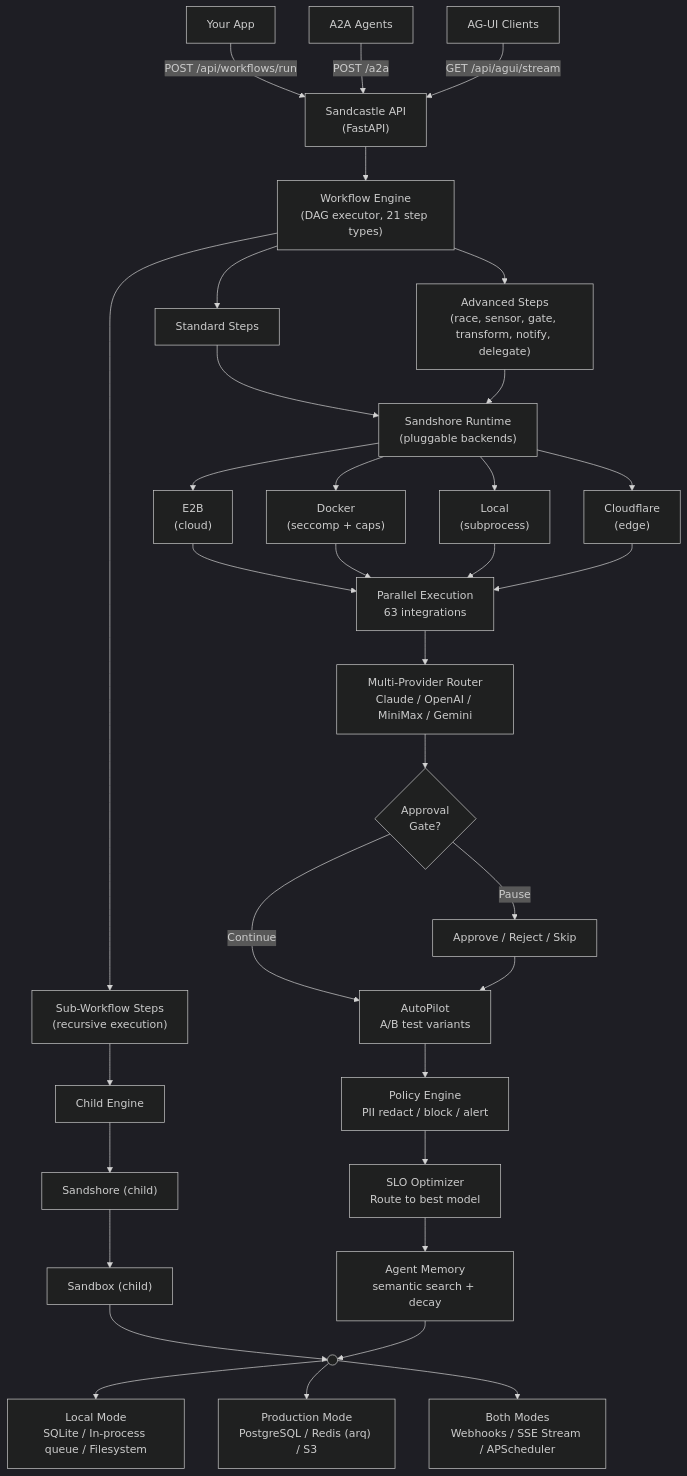
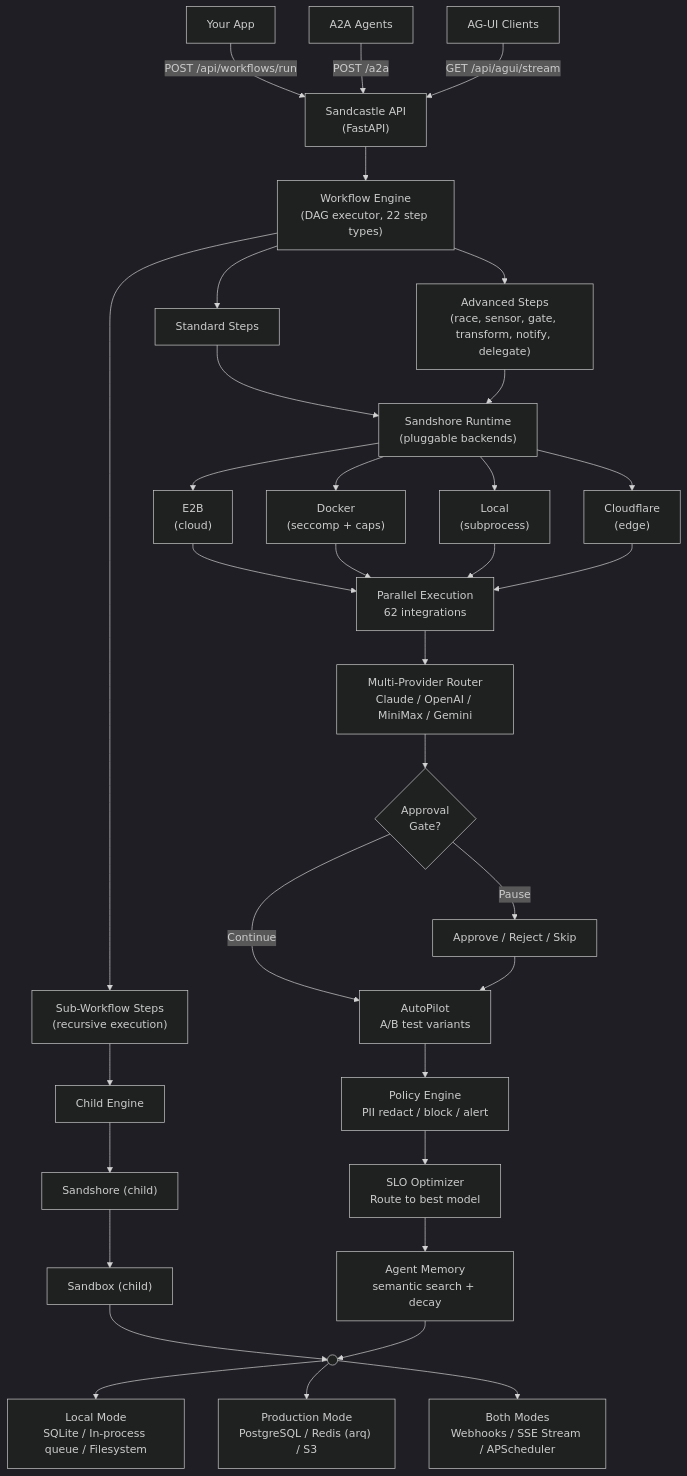
Before and after one commit to gizmax/Sandcastle: the second of 2 diagrams in README.md, drawn with Mermaid (dark theme). The commit also changed other lines of this file and 3 other files, not shown here.

````diff
--- a/README.md
+++ b/README.md
@@ -2037,47 +2037,47 @@
 ```mermaid
 flowchart TD
     App["Your App"] -->|"POST /api/workflows/run"| API["Sandcastle API\n(FastAPI)"]
     A2A["A2A Agents"] -->|"POST /a2a"| API
     AGUI["AG-UI Clients"] -->|"GET /api/agui/stream"| API
 
-    API --> Engine["Workflow Engine\n(DAG executor, 21 step types)"]
+    API --> Engine["Workflow Engine\n(DAG executor, 22 step types)"]
 
     Engine --> Standard["Standard Steps"]
     Engine --> Sub["Sub-Workflow Steps\n(recursive execution)"]
     Engine --> Advanced["Advanced Steps\n(race, sensor, gate, transform, notify, delegate)"]
 
     Standard --> Sandshore["Sandshore Runtime\n(pluggable backends)"]
     Sub --> Child["Child Engine"]
     Advanced --> Sandshore
     Child --> SandshoreChild["Sandshore (child)"]
 
     Sandshore --> E2B["E2B\n(cloud)"]
     Sandshore --> Docker["Docker\n(seccomp + caps)"]
     Sandshore --> Local["Local\n(subprocess)"]
     Sandshore --> CF["Cloudflare\n(edge)"]
     SandshoreChild --> E2B2["Sandbox (child)"]
 
     E2B --> Execution
     Docker --> Execution
     Local --> Execution
     CF --> Execution
     E2B2 --> Merge
 
-    Execution["Parallel Execution\n63 integrations"] --> Provider["Multi-Provider Router\nClaude / OpenAI / MiniMax / Gemini"]
+    Execution["Parallel Execution\n62 integrations"] --> Provider["Multi-Provider Router\nClaude / OpenAI / MiniMax / Gemini"]
 
     Provider --> Gate{"Approval\nGate?"}
 
     Gate -->|"Pause"| Review["Approve / Reject / Skip"]
     Gate -->|"Continue"| AutoPilot
 
     Review --> AutoPilot["AutoPilot\nA/B test variants"]
     AutoPilot --> Policy["Policy Engine\nPII redact / block / alert"]
     Policy --> Optimizer["SLO Optimizer\nRoute to best model"]
     Optimizer --> Memory["Agent Memory\nsemantic search + decay"]
 
     Memory --> Merge((" "))
 
     Merge --> LocalMode["Local Mode\nSQLite / In-process queue / Filesystem"]
     Merge --> ProdMode["Production Mode\nPostgreSQL / Redis (arq) / S3"]
     Merge --> BothModes["Both Modes\nWebhooks / SSE Stream / APScheduler"]
 ```
````
